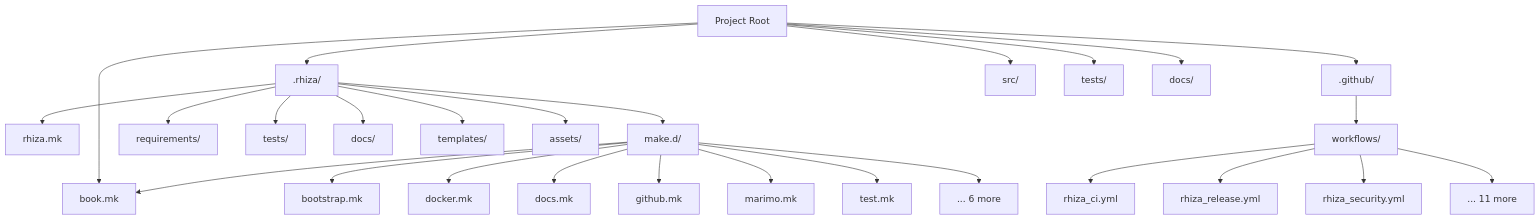
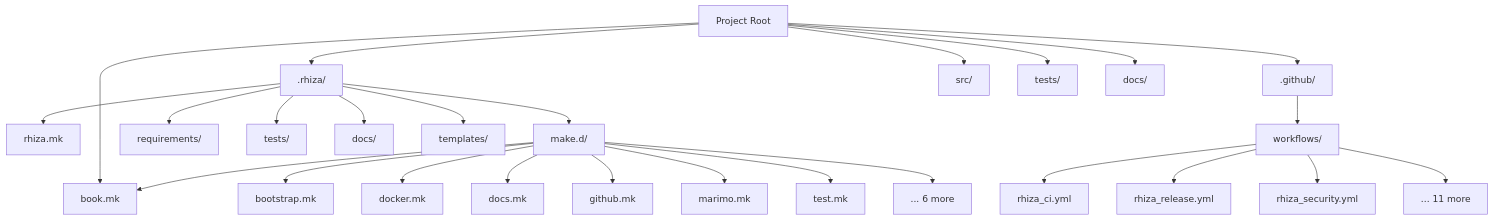
Before and after one commit to Jebel-Quant/rhiza: the sixth of 9 diagrams in docs/reference/ARCHITECTURE.md, drawn with Mermaid. The commit also changed other lines of this file and 9 other files, not shown here.

First line of the commit message:
chore: remove .rhiza/assets and the dead LOGO_FILE pointer

````diff
--- a/docs/reference/ARCHITECTURE.md
+++ b/docs/reference/ARCHITECTURE.md
@@ -175,34 +175,33 @@
 ```mermaid
 flowchart TD
     root[Project Root]
 
     root --> rhiza[.rhiza/]
     root --> github[.github/]
     root --> src[src/]
     root --> tests[tests/]
     root --> docs[docs/]
     root --> book[book/]
 
     rhiza --> rhizamk[rhiza.mk]
     rhiza --> maked[make.d/]
     rhiza --> reqs[requirements/]
     rhiza --> rtests[tests/]
     rhiza --> rdocs[docs/]
     rhiza --> templates[templates/]
-    rhiza --> assets[assets/]
 
     github --> workflows[workflows/]
     workflows --> ci[rhiza_ci.yml]
     workflows --> release[rhiza_release.yml]
     workflows --> security[rhiza_security.yml]
     workflows --> more[... 11 more]
 
     maked --> book[book.mk]
     maked --> bootstrap[bootstrap.mk]
     maked --> docker[docker.mk]
     maked --> docs_mk[docs.mk]
     maked --> github_mk[github.mk]
     maked --> marimo[marimo.mk]
     maked --> test[test.mk]
     maked --> more_mk[... 6 more]
 ```
````
